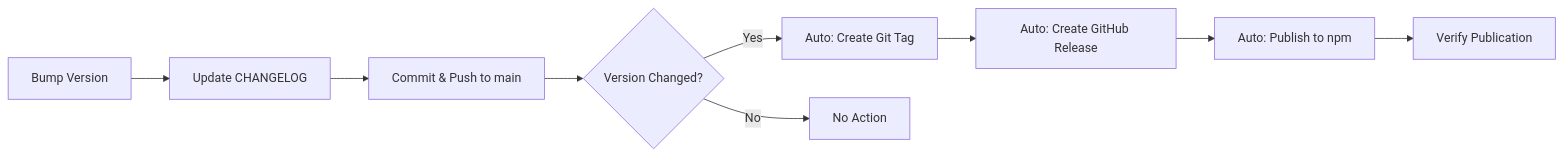
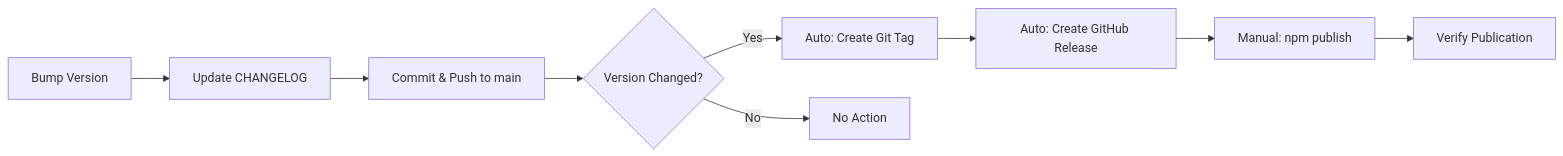
One commit to PCIRCLE-AI/memesh-llm-memory changed the diagram in docs/RELEASE_PROCESS.md. Above: the diagram before and after it, drawn with Mermaid. The commit also changed other lines of this file and 22 other files, not shown here.

````diff
--- a/docs/RELEASE_PROCESS.md
+++ b/docs/RELEASE_PROCESS.md
@@ -18,11 +20,11 @@
 ```mermaid
 graph LR
     A[Bump Version] --> B[Update CHANGELOG]
     B --> C[Commit & Push to main]
     C --> D{Version Changed?}
     D -->|Yes| E[Auto: Create Git Tag]
     E --> F[Auto: Create GitHub Release]
-    F --> G[Auto: Publish to npm]
+    F --> G[Manual: npm publish]
     D -->|No| H[No Action]
     G --> I[Verify Publication]
 ```
````
